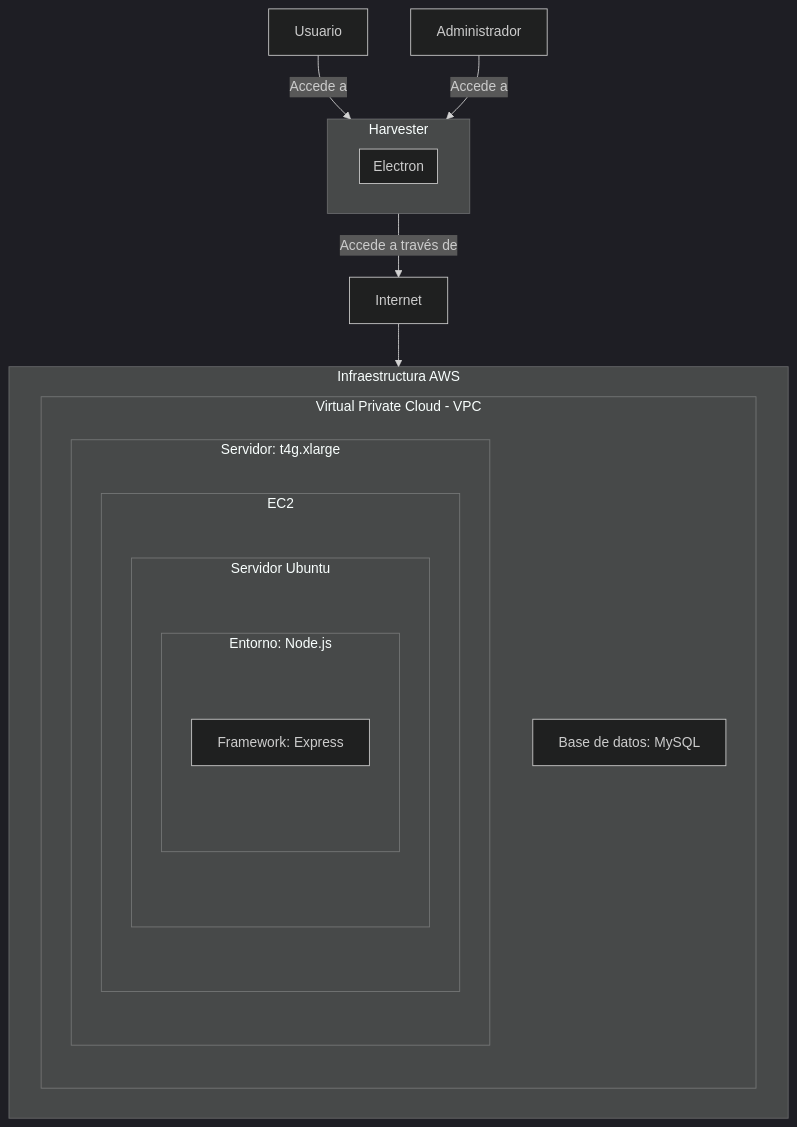
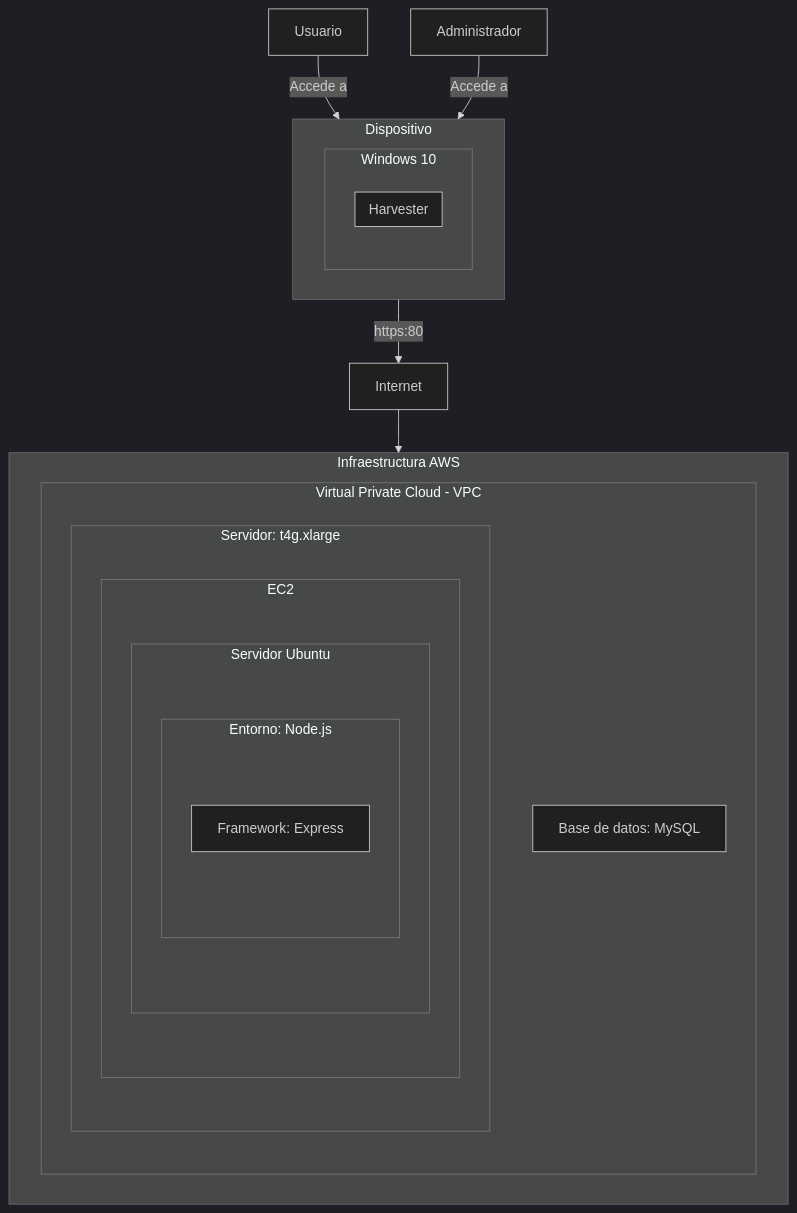
One commit to CodeAnd-Co/Documentacion changed the diagram in documentation/docs/proyectos/tractores/documentacion/arquitectura.md. Above: the diagram before and after it, drawn with Mermaid (dark theme).

Commit message:
Componentes en diagrama de despliegue

````diff
--- a/documentation/docs/proyectos/tractores/documentacion/arquitectura.md
+++ b/documentation/docs/proyectos/tractores/documentacion/arquitectura.md
@@ -151,29 +151,31 @@
 ``` mermaid 
 graph TD
-    Usuario --> |Accede a| Harvester
-    Administrador --> |Accede a| Harvester
-    subgraph Harvester
-        subgraph Electron
+    Usuario --> |Accede a| Dispositivo
+    Administrador --> |Accede a| Dispositivo
+    subgraph Dispositivo
+      subgraph Windows 10
+        subgraph Harvester
         end
+      end
     end
 
-    Harvester -->|Accede a través de| Internet
+    Dispositivo -->|https:80| Internet
 
     subgraph InfraestructuraAWS [Infraestructura AWS]
         subgraph VPC ["Virtual Private Cloud - VPC"]
         subgraph Server ["Servidor: t4g.xlarge"]
             subgraph EC2 ["EC2"]
                 subgraph ServidorUbuntu["Servidor Ubuntu"]
                     subgraph Sistema["Entorno: Node.js"]
                        ExpressFramework["Framework: Express"] 
                     end
                 end
             end
             end
             MySQL["Base de datos: MySQL"]
             
         end
     end
 
     Internet --> InfraestructuraAWS
 ```
````
